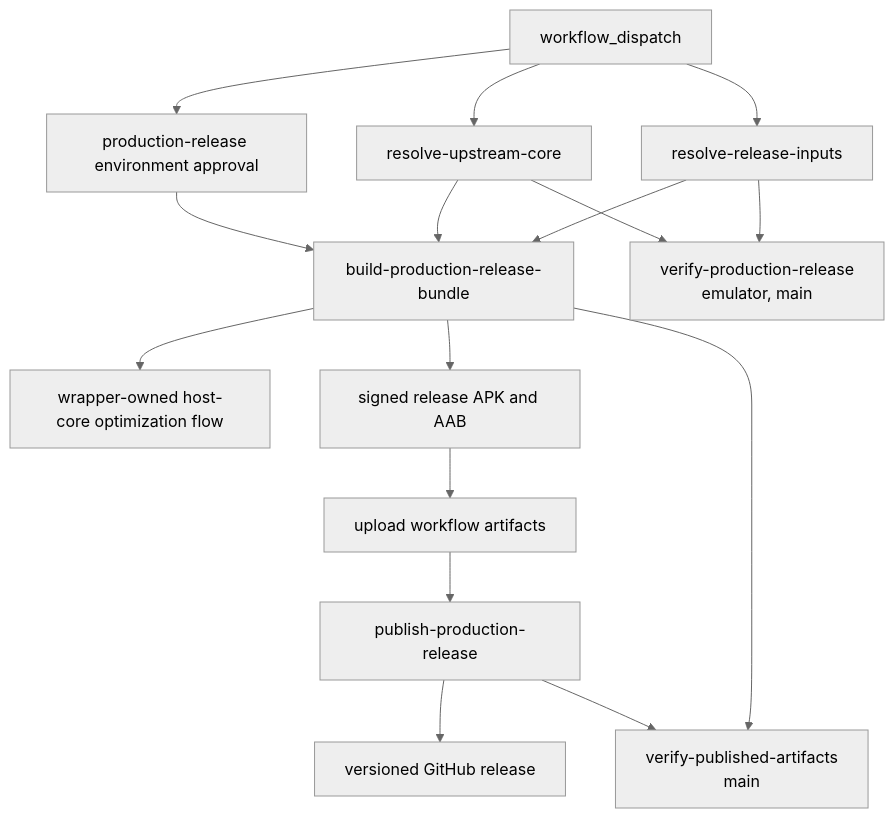
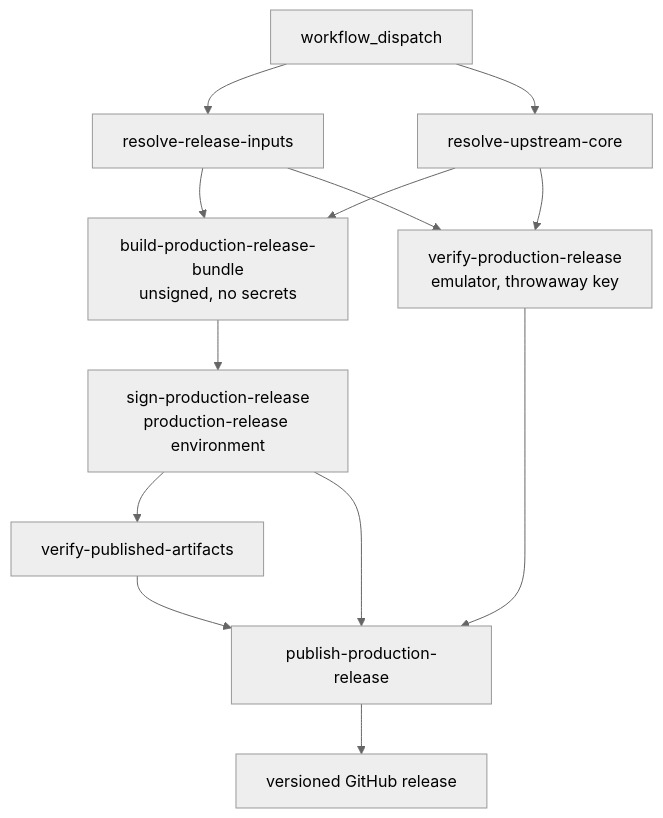
The second of 2 diagrams in android/docs/dev/07-ci-and-release-workflow.md (ppigazzini/r47zen), drawn with Mermaid (neutral theme) before and after one commit. The commit also changed other lines of this file and 9 other files, not shown here.

````diff
--- a/android/docs/dev/07-ci-and-release-workflow.md
+++ b/android/docs/dev/07-ci-and-release-workflow.md
@@ -385,26 +459,25 @@
 ```mermaid
 flowchart TD
   A[workflow_dispatch]
   B[resolve-release-inputs]
   C[resolve-upstream-core]
-  D[production-release environment approval]
-  E[build-production-release-bundle]
-  F[wrapper-owned host-core optimization flow]
-  G[signed release APK and AAB]
-  H[upload workflow artifacts]
+  E[build-production-release-bundle<br/>unsigned, no secrets]
+  S[sign-production-release<br/>production-release environment]
+  V[verify-production-release<br/>emulator, throwaway key]
+  W[verify-published-artifacts]
   I[publish-production-release]
   J[versioned GitHub release]
-  V[verify-production-release<br/>emulator, main]
-  W[verify-published-artifacts<br/>main]
 
-  A --> B --> E
-  A --> C --> E
-  A --> D --> E
-  E --> F
-  E --> G
-  G --> H --> I --> J
+  A --> B
+  A --> C
+  B --> E
+  C --> E
+  E --> S
   B --> V
   C --> V
-  E --> W
-  I --> W
+  S --> W
+  S --> I
+  V --> I
+  W --> I
+  I --> J
 ```
````
